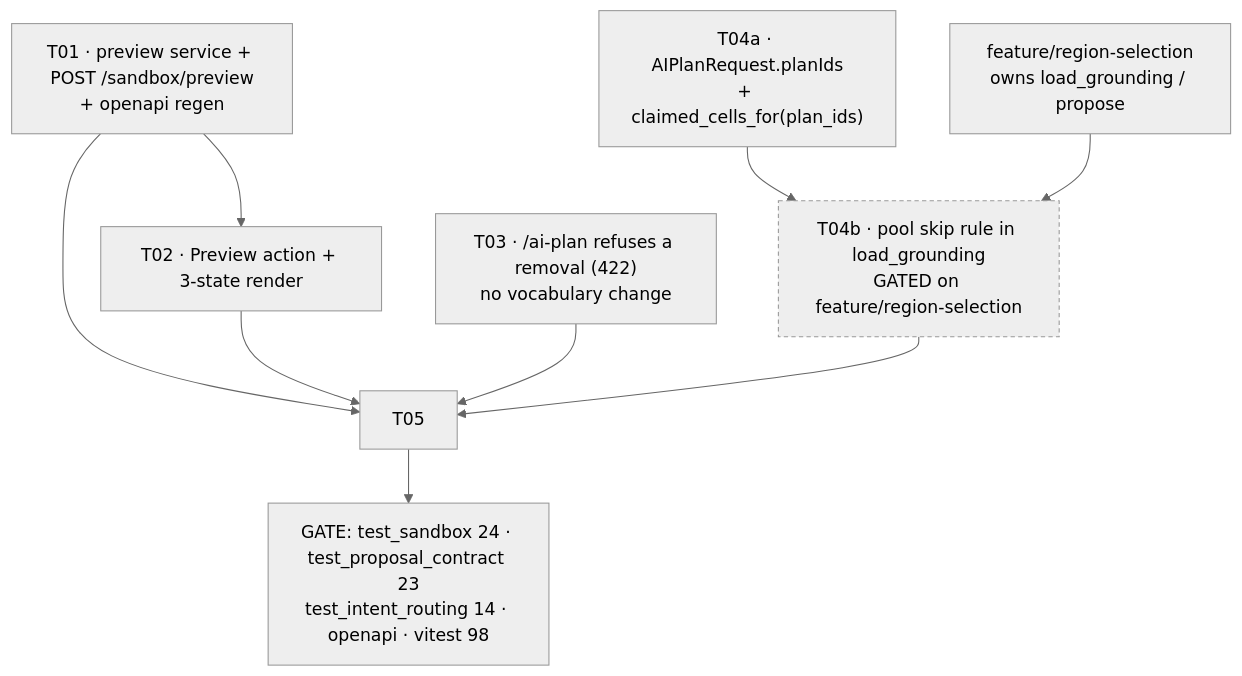
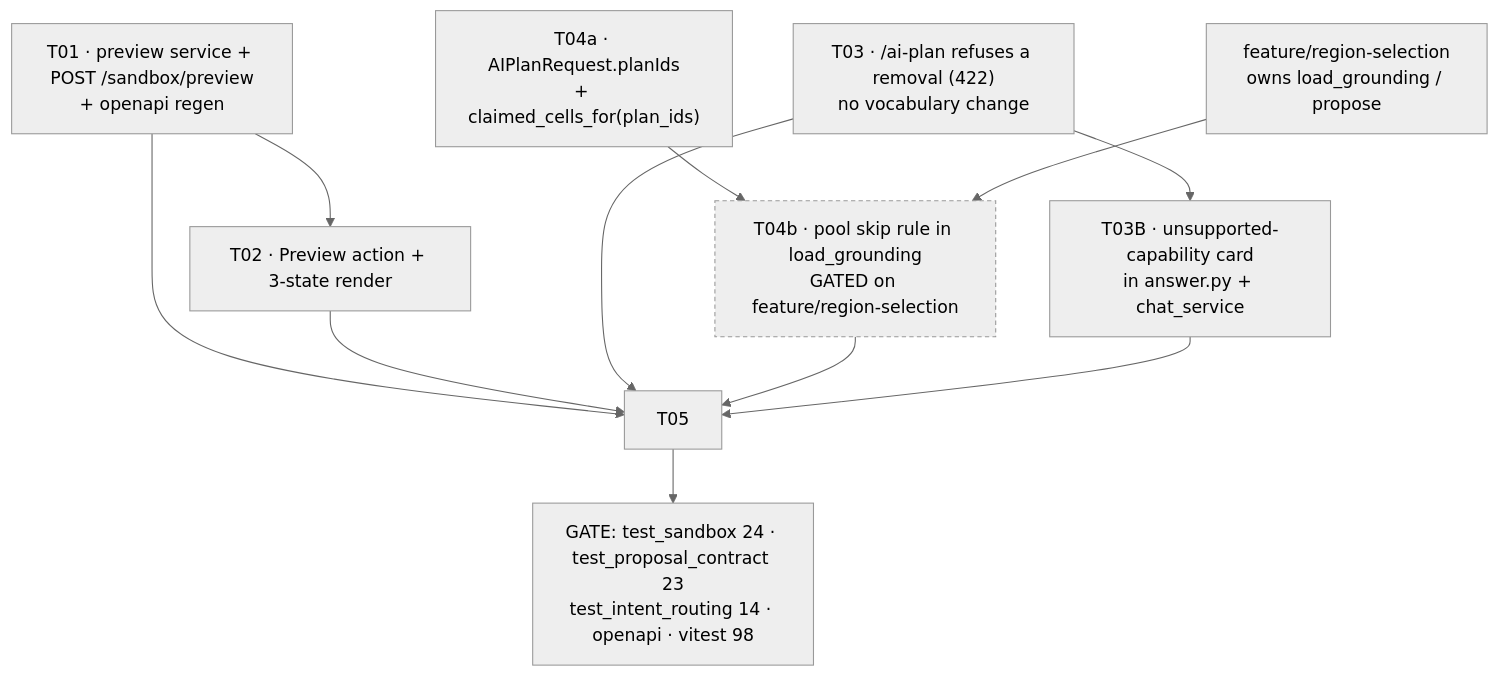
One commit to Edw1n-F/Sandbox changed the diagram in docs/PHASE4_PREVIEW_AND_CONTEXT_RULING.md. Above: the diagram before and after it, drawn with Mermaid (neutral theme). The commit also changed other lines of this file, not shown here.

````diff
--- a/docs/PHASE4_PREVIEW_AND_CONTEXT_RULING.md
+++ b/docs/PHASE4_PREVIEW_AND_CONTEXT_RULING.md
@@ -474,14 +702,16 @@
 ```mermaid
 graph TD
   T01["T01 · preview service + POST /sandbox/preview<br/>+ openapi regen"] --> T02
   T01 --> T05
   T02["T02 · Preview action + 3-state render"] --> T05
   T03["T03 · /ai-plan refuses a removal (422)<br/>no vocabulary change"] --> T05
   T04A["T04a · AIPlanRequest.planIds<br/>+ claimed_cells_for(plan_ids)"] --> T04B
   T04B["T04b · pool skip rule in load_grounding<br/>GATED on feature/region-selection"] --> T05
   REG["feature/region-selection<br/>owns load_grounding / propose"] --> T04B
+  T03B["T03B · unsupported-capability card<br/>in answer.py + chat_service"] --> T05
+  T03 --> T03B
   GATE["GATE: test_sandbox 24 · test_proposal_contract 23<br/>test_intent_routing 14 · openapi · vitest 98"]
   T05 --> GATE
   classDef gated stroke-dasharray:4 3
   class T04B gated
 ```
````
